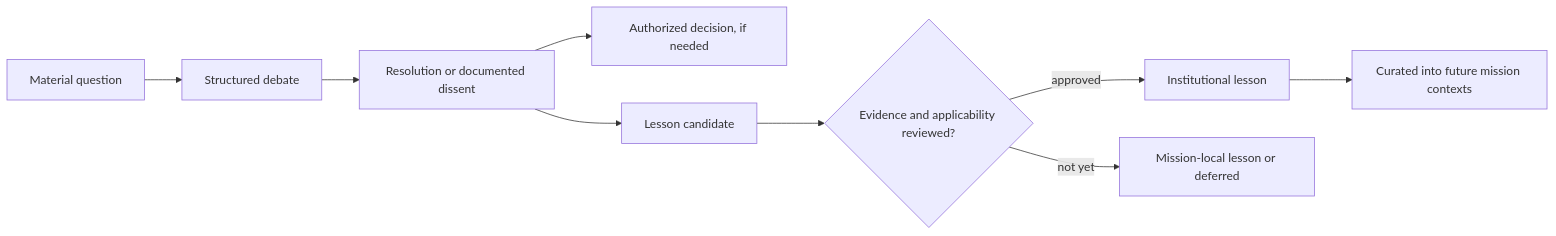
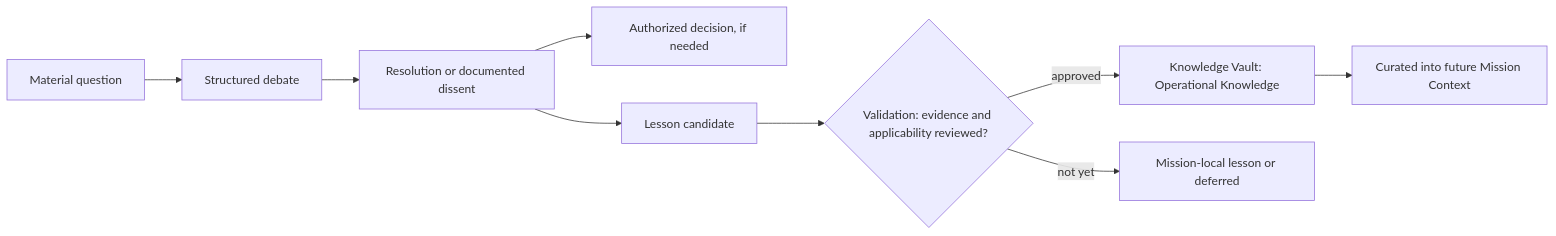
One commit to KingoSolo/continuum changed the third of 3 diagrams in docs/architecture/mission-lifecycle.md. Above: the diagram before and after it, drawn with Mermaid. The commit also changed other lines of this file and 11 other files, not shown here.

````diff
--- a/docs/architecture/mission-lifecycle.md
+++ b/docs/architecture/mission-lifecycle.md
@@ -82,11 +82,11 @@
 ```mermaid
 flowchart LR
   Question[Material question] --> Debate[Structured debate]
   Debate --> Resolution[Resolution or documented dissent]
   Resolution --> Decision[Authorized decision, if needed]
   Resolution --> Candidate[Lesson candidate]
-  Candidate --> Review{Evidence and applicability reviewed?}
-  Review -->|approved| Institutional[Institutional lesson]
-  Review -->|not yet| Local[Mission-local lesson or deferred]
-  Institutional --> Future[Curated into future mission contexts]
+  Candidate --> Validation{Validation: evidence and applicability reviewed?}
+  Validation -->|approved| Vault[Knowledge Vault: Operational Knowledge]
+  Validation -->|not yet| Local[Mission-local lesson or deferred]
+  Vault --> Future[Curated into future Mission Context]
 ```
````
